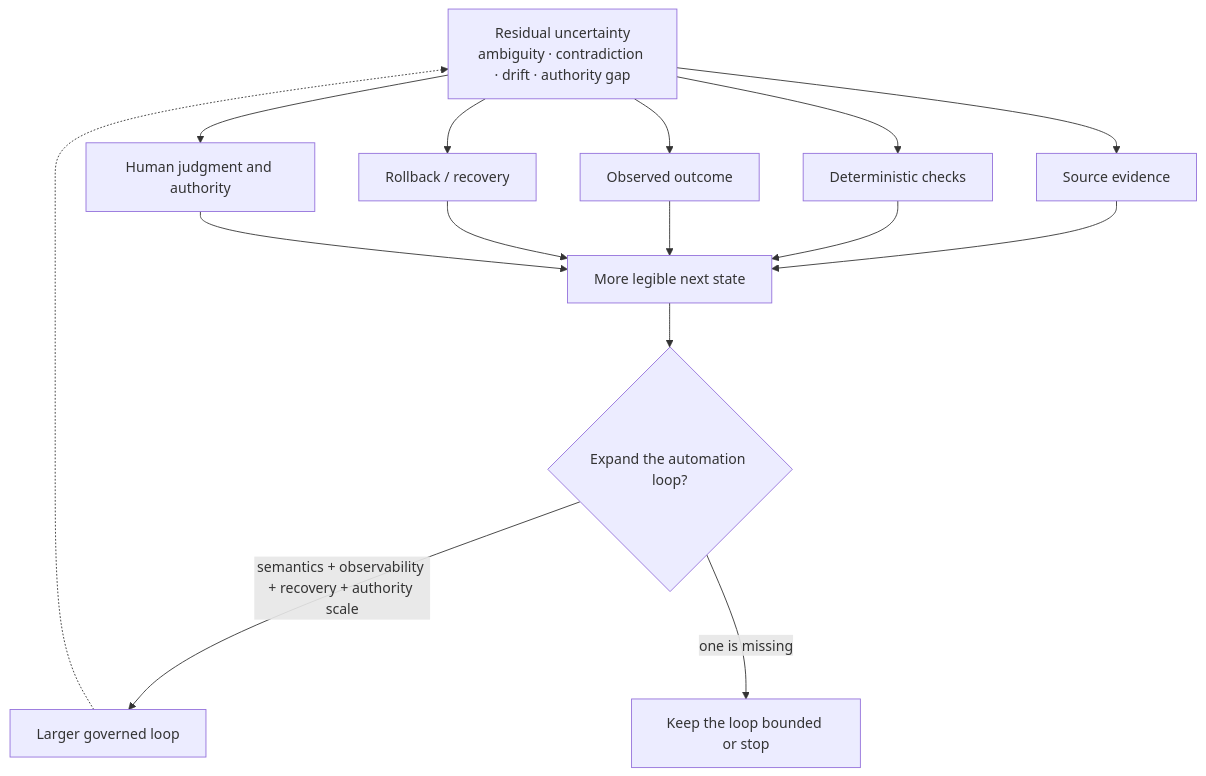
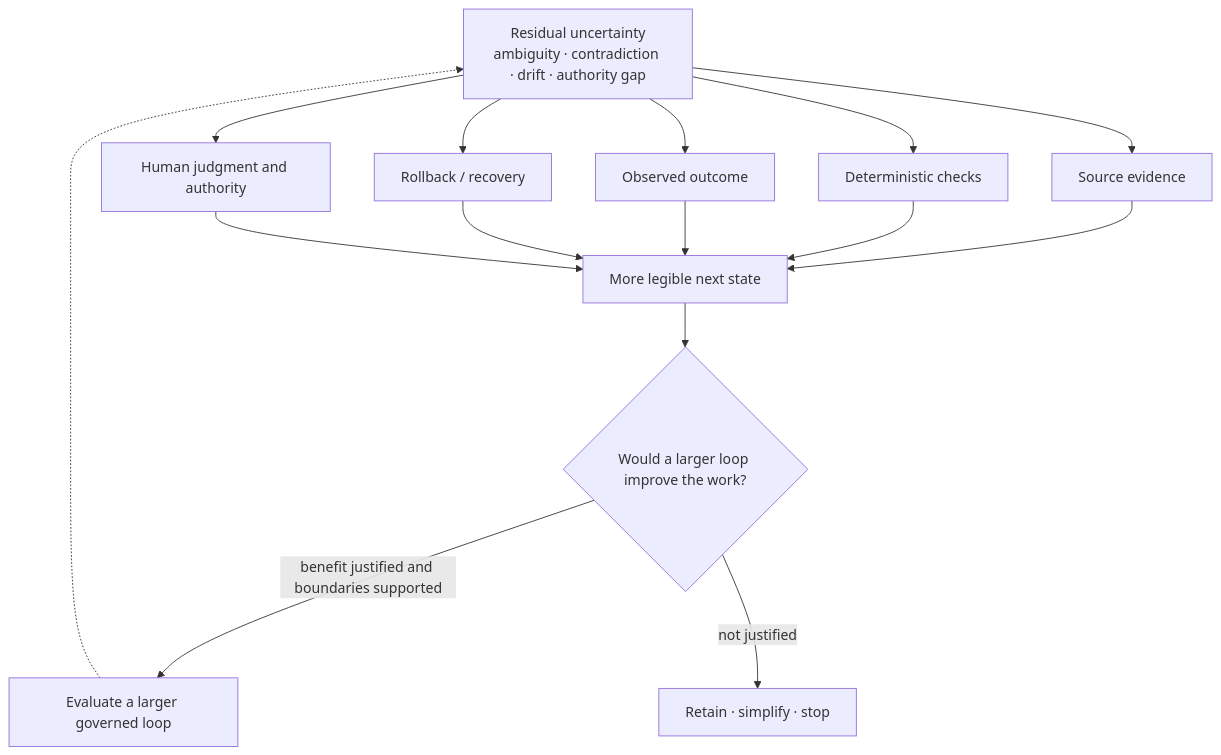
One commit to yiwei79/root-azoth changed the seventh of 7 diagrams in docs/INTENT_TO_OUTCOME_ENGINEERING.md. Above: the diagram before and after it, drawn with Mermaid. The commit also changed other lines of this file and 2 other files, not shown here.

````diff
--- a/docs/INTENT_TO_OUTCOME_ENGINEERING.md
+++ b/docs/INTENT_TO_OUTCOME_ENGINEERING.md
@@ -352,21 +455,21 @@
 ```mermaid
 flowchart TB
     R["Residual uncertainty<br/>ambiguity · contradiction · drift · authority gap"]
     E["Source evidence"]
     T["Deterministic checks"]
     O["Observed outcome"]
     B["Rollback / recovery"]
     H["Human judgment and authority"]
     C["More legible next state"]
 
     R --> E --> C
     R --> T --> C
     R --> O --> C
     R --> B --> C
     R --> H --> C
 
-    C --> G{"Expand the automation loop?"}
-    G -->|semantics + observability + recovery + authority scale| L["Larger governed loop"]
-    G -->|one is missing| S["Keep the loop bounded or stop"]
+    C --> G{"Would a larger loop improve the work?"}
+    G -->|benefit justified and boundaries supported| L["Evaluate a larger governed loop"]
+    G -->|not justified| S["Retain · simplify · stop"]
     L -.-> R
 ```
````
